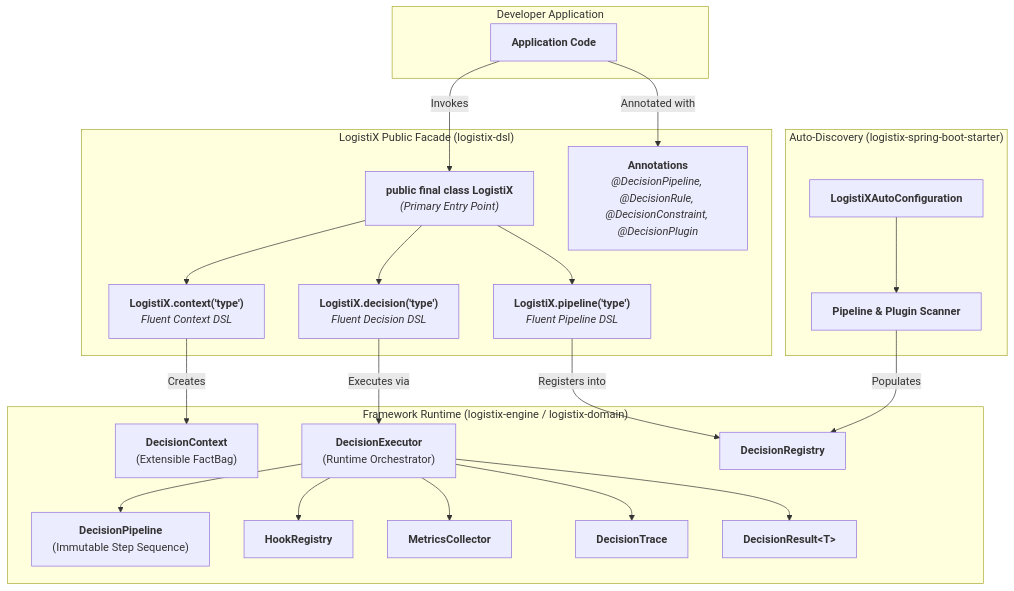
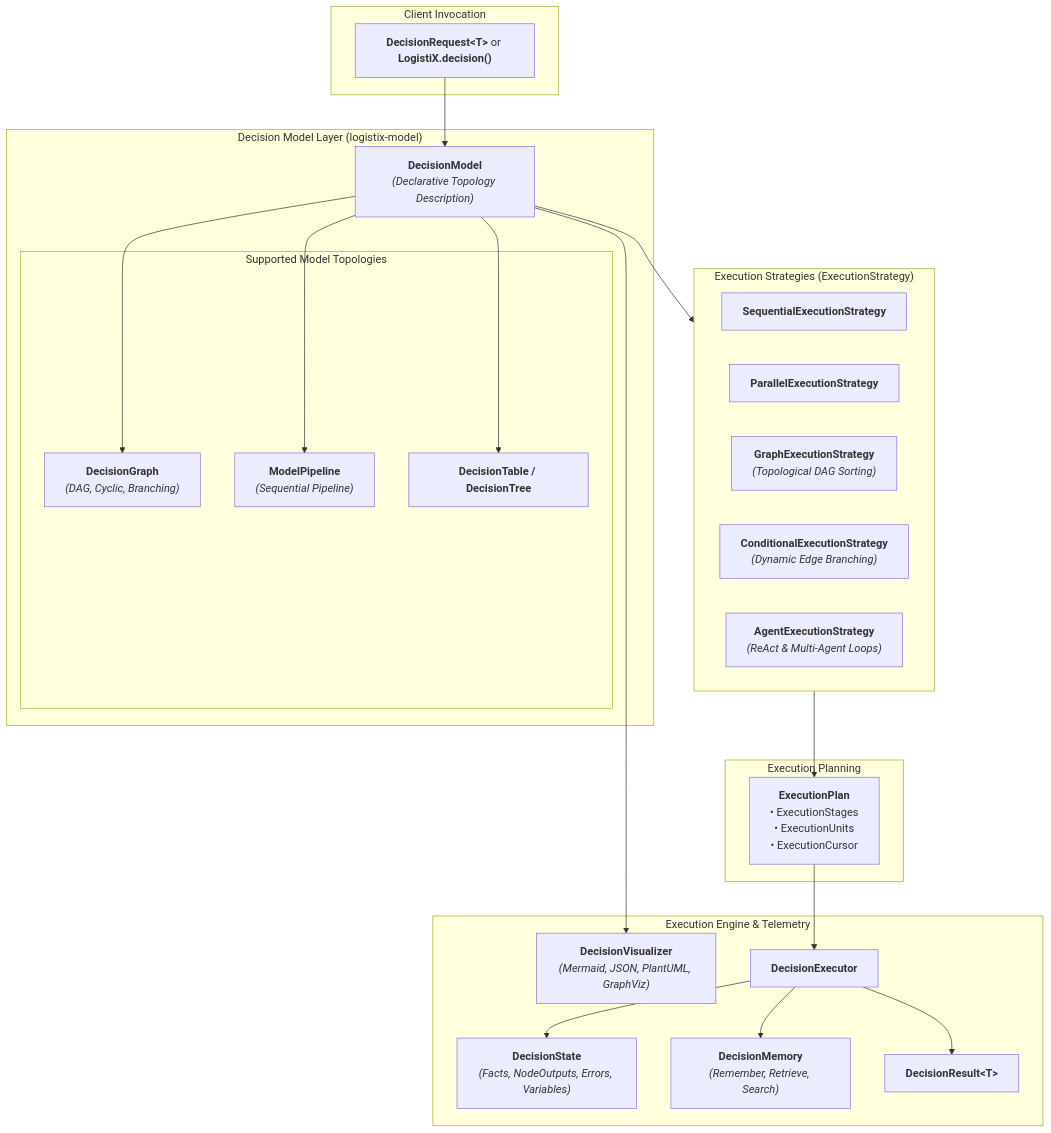
The first of 2 diagrams in architecture/ARCHITECTURE.md (venukommu/LogistiX), drawn with Mermaid before and after one commit. The commit also changed other lines of this file and 56 other files, not shown here.

First line of the commit message:
feat(model): transform LogistiX into Decision Intelligence Platform with logistix-model

````diff
--- a/architecture/ARCHITECTURE.md
+++ b/architecture/ARCHITECTURE.md
@@ -13,46 +15,49 @@
 ```mermaid
 flowchart TD
-    subgraph DeveloperCode ["Developer Application"]
-        APP["<b>Application Code</b>"]
+    subgraph Client ["Client Invocation"]
+        REQ["<b>DecisionRequest&lt;T&gt;</b> or <b>LogistiX.decision()</b>"]
     end
 
-    subgraph PublicAPI ["LogistiX Public Facade (logistix-dsl)"]
-        LX["<b>public final class LogistiX</b><br/><i>(Primary Entry Point)</i>"]
-        DSL_DEC["<b>LogistiX.decision('type')</b><br/><i>Fluent Decision DSL</i>"]
-        DSL_PIP["<b>LogistiX.pipeline('type')</b><br/><i>Fluent Pipeline DSL</i>"]
-        DSL_CTX["<b>LogistiX.context('type')</b><br/><i>Fluent Context DSL</i>"]
-        ANN["<b>Annotations</b><br/><i>@DecisionPipeline, @DecisionRule, @DecisionConstraint, @DecisionPlugin</i>"]
+    subgraph ModelLayer ["Decision Model Layer (logistix-model)"]
+        DM["<b>DecisionModel</b><br/><i>(Declarative Topology Description)</i>"]
+        
+        subgraph Topologies ["Supported Model Topologies"]
+            DG["<b>DecisionGraph</b><br/><i>(DAG, Cyclic, Branching)</i>"]
+            DP["<b>ModelPipeline</b><br/><i>(Sequential Pipeline)</i>"]
+            DT["<b>DecisionTable / DecisionTree</b>"]
+        end
+        
+        DM --> DG
+        DM --> DP
+        DM --> DT
     end
 
-    subgraph EngineRuntime ["Framework Runtime (logistix-engine / logistix-domain)"]
-        CTX["<b>DecisionContext</b><br/>(Extensible FactBag)"]
-        PIPE["<b>DecisionPipeline</b><br/>(Immutable Step Sequence)"]
-        EXEC["<b>DecisionExecutor</b><br/>(Runtime Orchestrator)"]
-        REG["<b>DecisionRegistry</b>"]
-        HOOKS["<b>HookRegistry</b>"]
-        METRICS["<b>MetricsCollector</b>"]
-        TRACE["<b>DecisionTrace</b>"]
+    subgraph StrategyLayer ["Execution Strategies (ExecutionStrategy)"]
+        S_SEQ["<b>SequentialExecutionStrategy</b>"]
+        S_PAR["<b>ParallelExecutionStrategy</b>"]
+        S_GRA["<b>GraphExecutionStrategy</b><br/><i>(Topological DAG Sorting)</i>"]
+        S_CON["<b>ConditionalExecutionStrategy</b><br/><i>(Dynamic Edge Branching)</i>"]
+        S_AGE["<b>AgentExecutionStrategy</b><br/><i>(ReAct & Multi-Agent Loops)</i>"]
+    end
+
+    subgraph Planning ["Execution Planning"]
+        PLAN["<b>ExecutionPlan</b><br/>• ExecutionStages<br/>• ExecutionUnits<br/>• ExecutionCursor"]
+    end
+
+    subgraph Runtime ["Execution Engine & Telemetry"]
+        STATE["<b>DecisionState</b><br/><i>(Facts, NodeOutputs, Errors, Variables)</i>"]
+        MEM["<b>DecisionMemory</b><br/><i>(Remember, Retrieve, Search)</i>"]
+        VIS["<b>DecisionVisualizer</b><br/><i>(Mermaid, JSON, PlantUML, GraphViz)</i>"]
+        EXEC["<b>DecisionExecutor</b>"]
         RES["<b>DecisionResult&lt;T&gt;</b>"]
     end
 
-    subgraph SpringBoot ["Auto-Discovery (logistix-spring-boot-starter)"]
-        AUTO["<b>LogistiXAutoConfiguration</b>"]
-        SCAN["<b>Pipeline & Plugin Scanner</b>"]
-    end
-
-    APP -->|Invokes| LX
-    LX --> DSL_DEC
-    LX --> DSL_PIP
-    LX --> DSL_CTX
-    APP -->|Annotated with| ANN
-    DSL_DEC -->|Executes via| EXEC
-    DSL_PIP -->|Registers into| REG
-    DSL_CTX -->|Creates| CTX
-    EXEC --> PIPE
-    EXEC --> HOOKS
-    EXEC --> METRICS
-    EXEC --> TRACE
+    REQ --> DM
+    DM --> StrategyLayer
+    StrategyLayer --> PLAN
+    PLAN --> EXEC
+    EXEC --> STATE
+    EXEC --> MEM
     EXEC --> RES
-    AUTO --> SCAN
-    SCAN -->|Populates| REG
+    DM --> VIS
 ```
````
